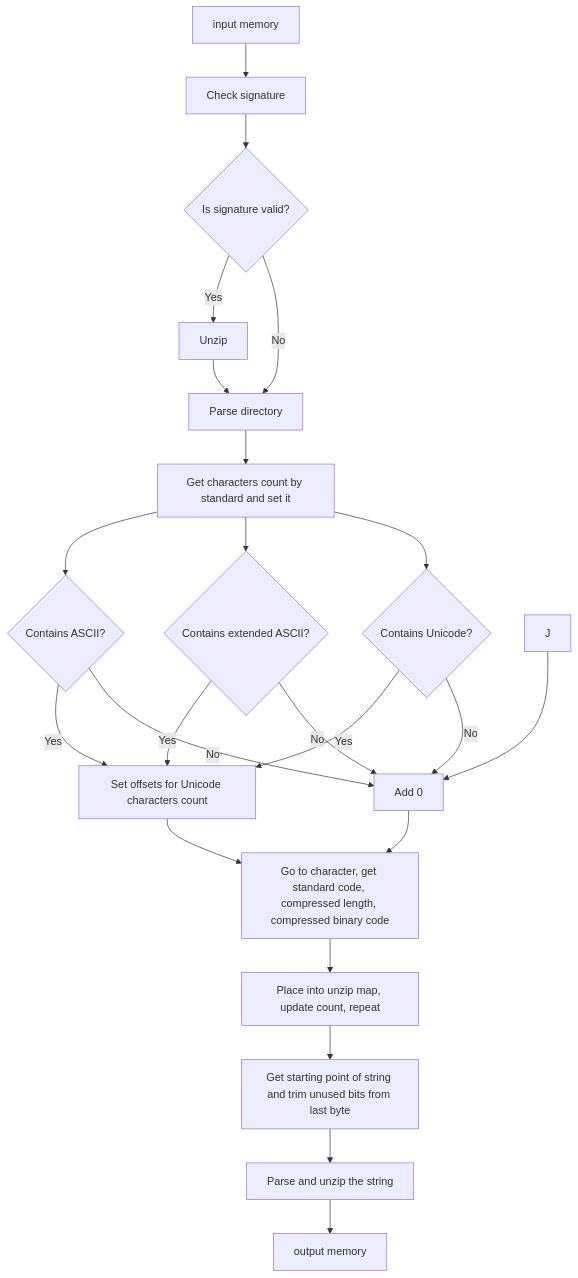
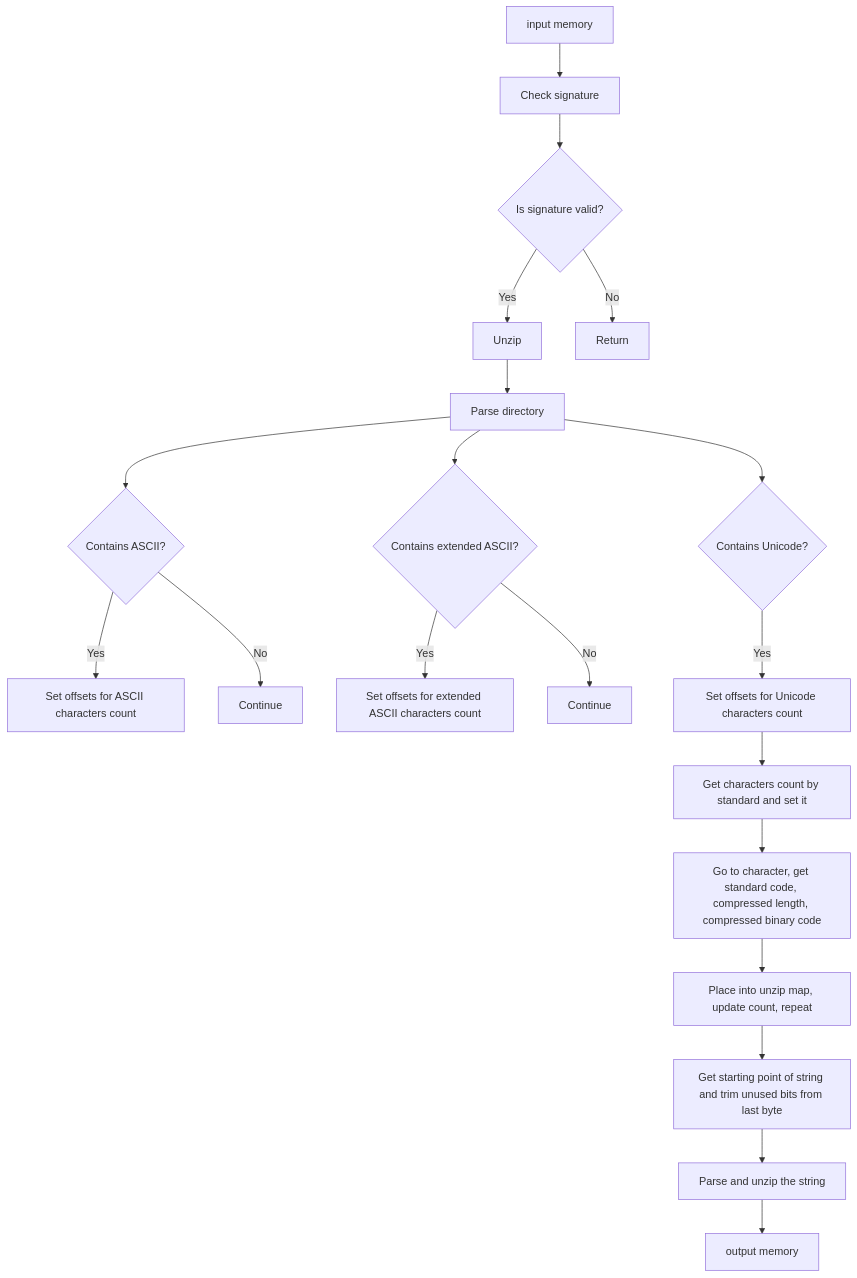
Before and after one commit to dothedada/filemakerrrr: the second of 4 diagrams in README.md, drawn with Mermaid.

Commit message:
Ajuste mermaid

````diff
--- a/README.md
+++ b/README.md
@@ -149,32 +149,26 @@
 ```mermaid
 flowchart TD
     A[input memory] --> B[Check signature]
     B --> C{Is signature valid?}
     C -- Yes --> D[Unzip]
     C -- No --> E[Return]
 
-    D --> E[Parse directory]
-    E --> F[Get characters count by standard and set it]
+    D --> F[Parse directory]
+    F --> G{Contains ASCII?}
+    G -- Yes --> H[Set offsets for ASCII characters count]
+    G -- No --> I[Continue]
 
-    F --> G{Contains ASCII?}
-    G -- Yes --> O[Set offsets for ASCII characters count]
-    G -- No --> K[Add 0]
+    F --> J{Contains extended ASCII?}
+    J -- Yes --> K[Set offsets for extended ASCII characters count]
+    J -- No --> L[Continue]
 
-    F --> H{Contains extended ASCII?}
-    H -- Yes --> O[Set offsets for extended ASCII characters count]
-    H -- No --> K
-
-    F --> I{Contains Unicode?}
-    I -- Yes --> O[Set offsets for Unicode characters count]
-    I -- No --> K
-
-    J --> K[Add 0]
-    K --> P
-
+    F --> M{Contains Unicode?}
+    M -- Yes --> N[Set offsets for Unicode characters count]
+    N --> O[Get characters count by standard and set it]
 
     O --> P[Go to character, get standard code, compressed length, compressed binary code]
     P --> Q[Place into unzip map, update count, repeat]
     Q --> R[Get starting point of string and trim unused bits from last byte]
     R --> S[Parse and unzip the string]
     S --> T[output memory]
 ```
````
